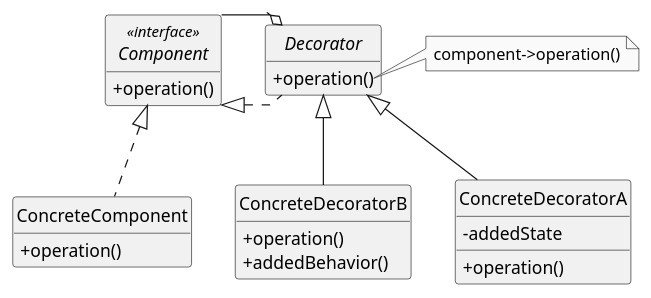
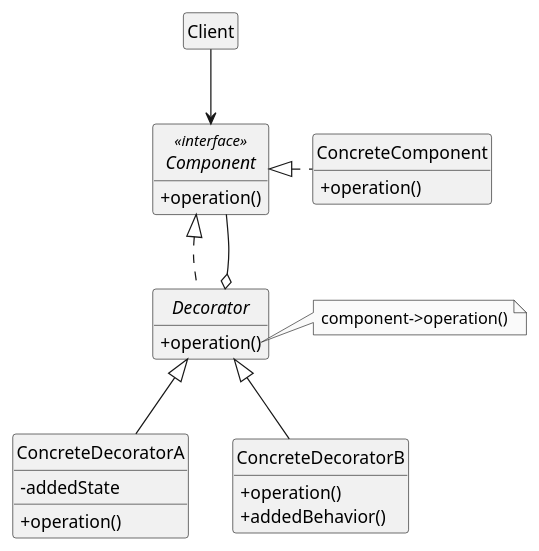
One commit to erclu/swe-design-patterns changed the diagram in strutturali/Decorator.puml. Above: the diagram before and after it, drawn with PlantUML.

Commit message:
improvement: add forgotten client class and better graphics

```diff
--- a/strutturali/Decorator.puml
+++ b/strutturali/Decorator.puml
@@ -1,40 +1,43 @@
 @startuml Decorator
 hide circle
 hide empty members
 skinparam linetype polyline
 skinparam classAttributeIconSize 0
 skinparam monochrome true
+
+class Client
 
 interface Component <<interface>> {
   +operation()
 }
 
 class ConcreteComponent {
   +operation()
 }
 
 abstract class Decorator {
   +operation()
 }
 
 class ConcreteDecoratorA {
   -addedState
   +operation()
 }
 
 class ConcreteDecoratorB {
   +operation()
   +addedBehavior()
 }
 
-ConcreteComponent .up.|> Component
-Decorator .left.|> Component
-Decorator o-left- Component
+Client -down-> Component
+ConcreteComponent .left.|> Component
+Decorator .up.|> Component
+Decorator o-up- Component
 ConcreteDecoratorA -up-|> Decorator
 ConcreteDecoratorB -up-|> Decorator
 
 note right of Decorator::operation
   component->operation()
 end note
 
 @enduml
```
